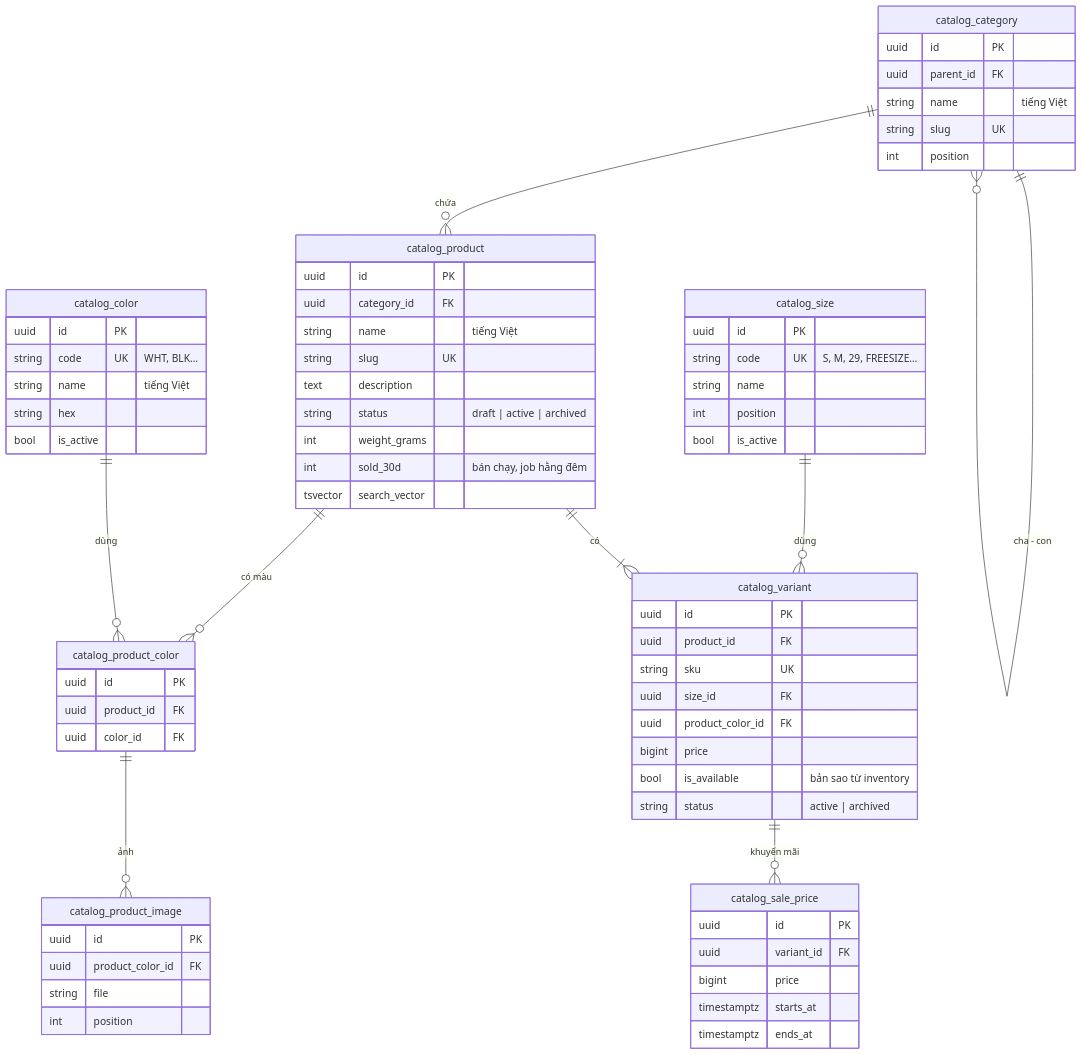
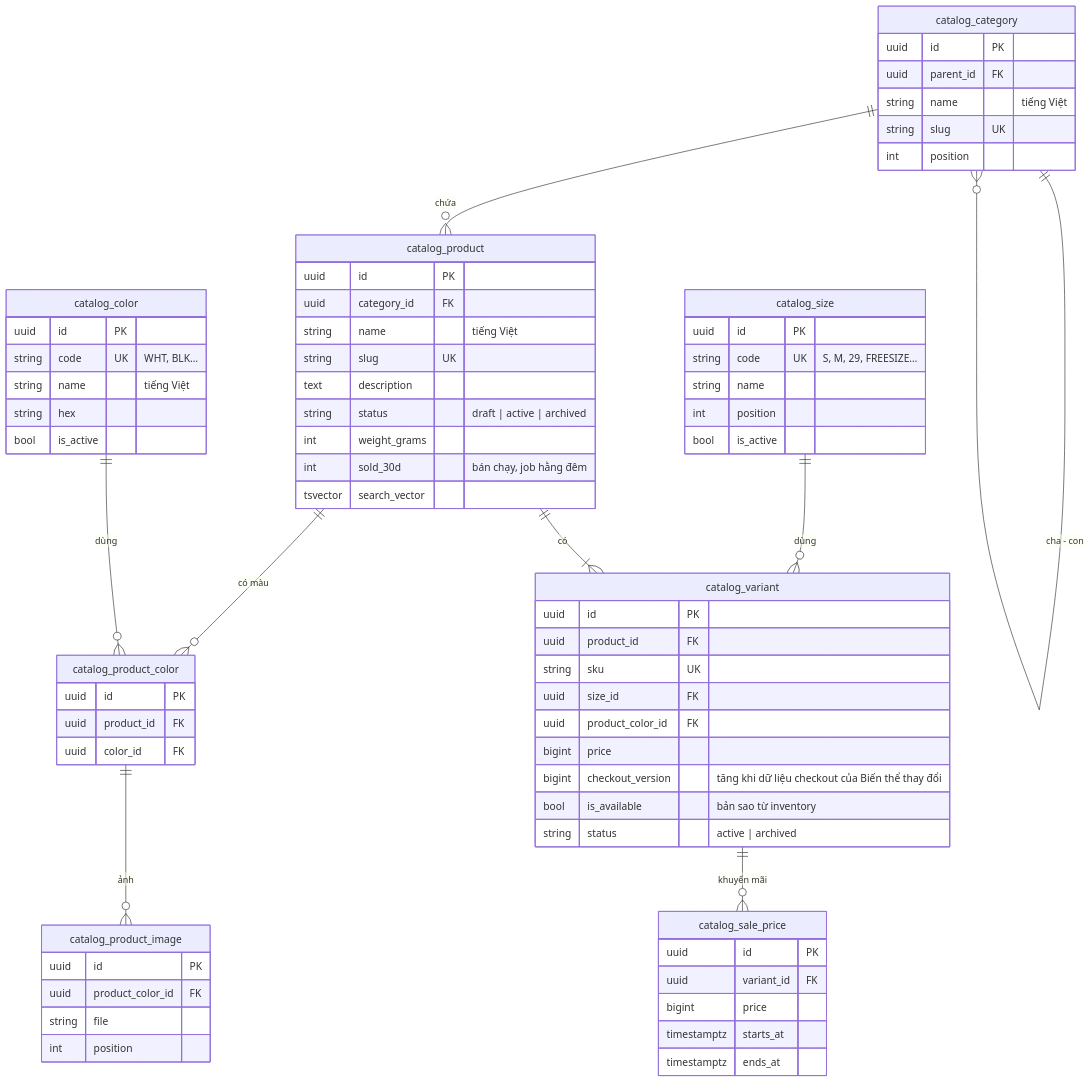
The third of 9 diagrams in docs/architecture/03-data-model.md (LuongCongThanh/boilerplate-ecommerce-next-16), drawn with Mermaid before and after one commit. The commit also changed other lines of this file and 24 other files, not shown here.

Commit message:
docs: refine backend architecture and recovery contracts

````diff
--- a/docs/architecture/03-data-model.md
+++ b/docs/architecture/03-data-model.md
@@ -126,71 +158,72 @@
 ```mermaid
 erDiagram
     catalog_category ||--o{ catalog_category : "cha - con"
     catalog_category ||--o{ catalog_product : "chứa"
     catalog_product ||--o{ catalog_product_color : "có màu"
     catalog_color ||--o{ catalog_product_color : "dùng"
     catalog_size ||--o{ catalog_variant : "dùng"
     catalog_product_color ||--o{ catalog_product_image : "ảnh"
     catalog_product ||--|{ catalog_variant : "có"
     catalog_variant ||--o{ catalog_sale_price : "khuyến mãi"
     catalog_category {
         uuid id PK
         uuid parent_id FK
         string name "tiếng Việt"
         string slug UK
         int position
     }
     catalog_product {
         uuid id PK
         uuid category_id FK
         string name "tiếng Việt"
         string slug UK
         text description
         string status "draft | active | archived"
         int weight_grams
         int sold_30d "bán chạy, job hằng đêm"
         tsvector search_vector
     }
     catalog_size {
         uuid id PK
         string code UK "S, M, 29, FREESIZE…"
         string name
         int position
         bool is_active
     }
     catalog_color {
         uuid id PK
         string code UK "WHT, BLK…"
         string name "tiếng Việt"
         string hex
         bool is_active
     }
     catalog_product_color {
         uuid id PK
         uuid product_id FK
         uuid color_id FK
     }
     catalog_product_image {
         uuid id PK
         uuid product_color_id FK
         string file
         int position
     }
     catalog_variant {
         uuid id PK
         uuid product_id FK
         string sku UK
         uuid size_id FK
         uuid product_color_id FK
         bigint price
+        bigint checkout_version "tăng khi dữ liệu checkout của Biến thể thay đổi"
         bool is_available "bản sao từ inventory"
         string status "active | archived"
     }
     catalog_sale_price {
         uuid id PK
         uuid variant_id FK
         bigint price
         timestamptz starts_at
         timestamptz ends_at
     }
 ```
````
